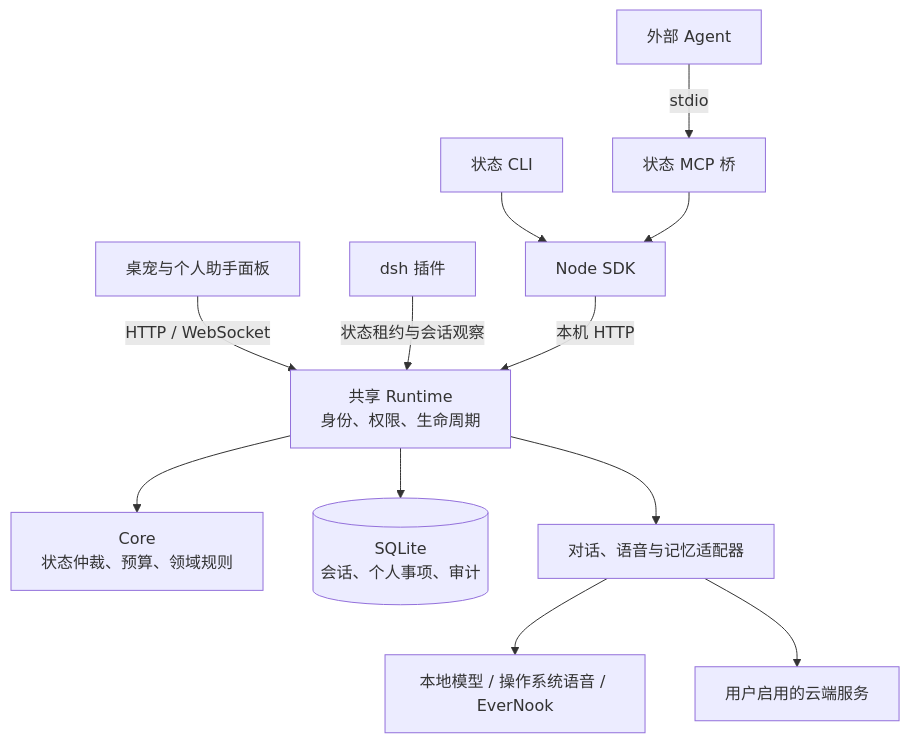
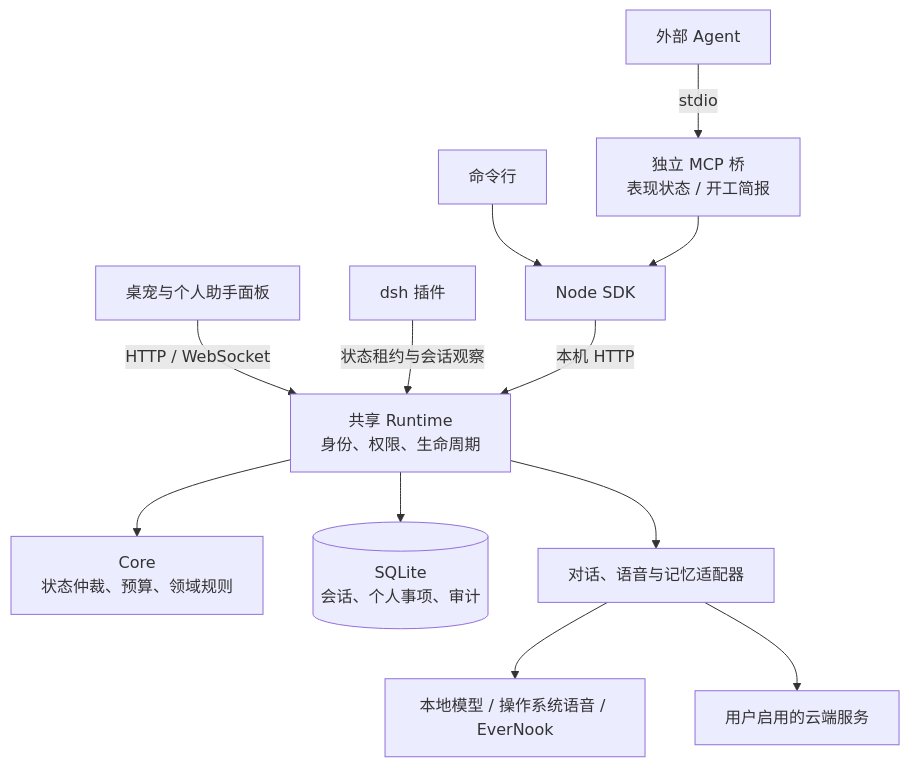
The diagram in README.md (destinyTaoTao/maneki-pet), drawn with Mermaid before and after one commit. The commit also changed other lines of this file and 2 other files, not shown here.

````diff
--- a/README.md
+++ b/README.md
@@ -21,14 +22,14 @@
 ```mermaid
 flowchart TB
     Shell["桌宠与个人助手面板"] -->|HTTP / WebSocket| Runtime["共享 Runtime<br/>身份、权限、生命周期"]
     Dsh["dsh 插件"] -->|状态租约与会话观察| Runtime
-    Agent["外部 Agent"] -->|stdio| MCP["状态 MCP 桥"]
-    CLI["状态 CLI"] --> SDK["Node SDK"]
+    Agent["外部 Agent"] -->|stdio| MCP["独立 MCP 桥<br/>表现状态 / 开工简报"]
+    CLI["命令行"] --> SDK["Node SDK"]
     MCP --> SDK
     SDK -->|本机 HTTP| Runtime
     Runtime --> Core["Core<br/>状态仲裁、预算、领域规则"]
     Runtime --> Store[("SQLite<br/>会话、个人事项、审计")]
     Runtime --> Ports["对话、语音与记忆适配器"]
     Ports --> Local["本地模型 / 操作系统语音 / EverNook"]
     Ports --> Cloud["用户启用的云端服务"]
 ```
````
